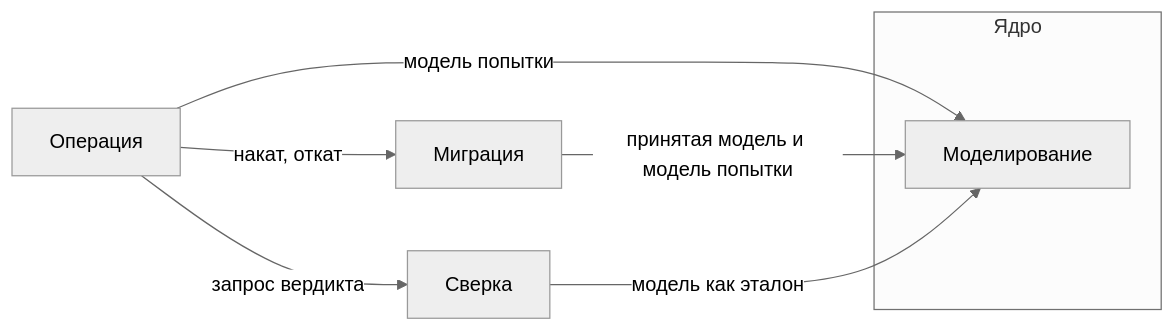
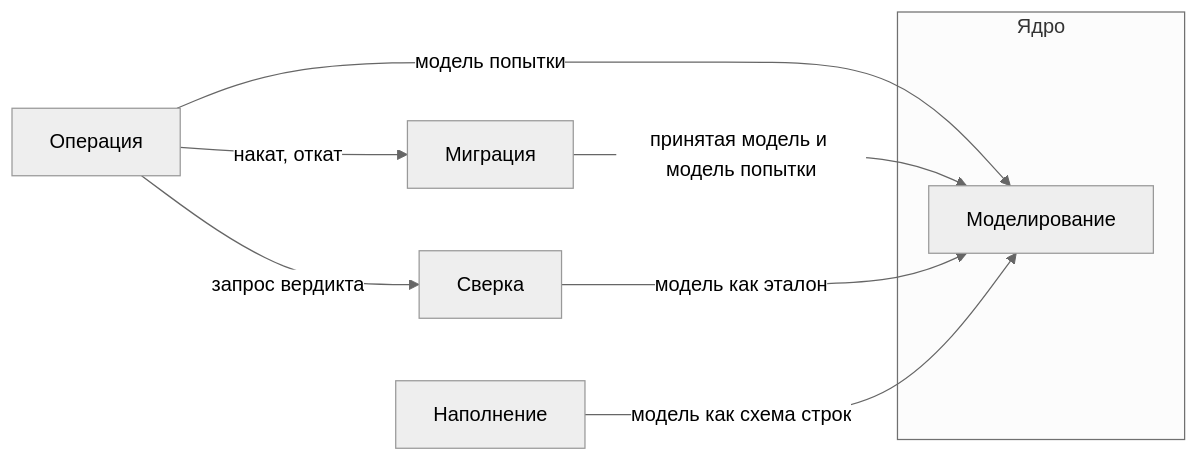
The diagram in docs/domain.md (united-software-platform/liquibase-forge), drawn with Mermaid (neutral theme) before and after one commit. The commit also changed other lines of this file and 42 other files, not shown here.

````diff
--- a/docs/domain.md
+++ b/docs/domain.md
@@ -128,11 +143,12 @@
 ```mermaid
 flowchart LR
     subgraph Ядро
         M[Моделирование]
     end
     O[Операция] -->|модель попытки| M
     O -->|накат, откат| G[Миграция]
     O -->|запрос вердикта| R[Сверка]
     G -->|принятая модель и модель попытки| M
     R -->|модель как эталон| M
+    S[Наполнение] -->|модель как схема строк| M
 ```
````
